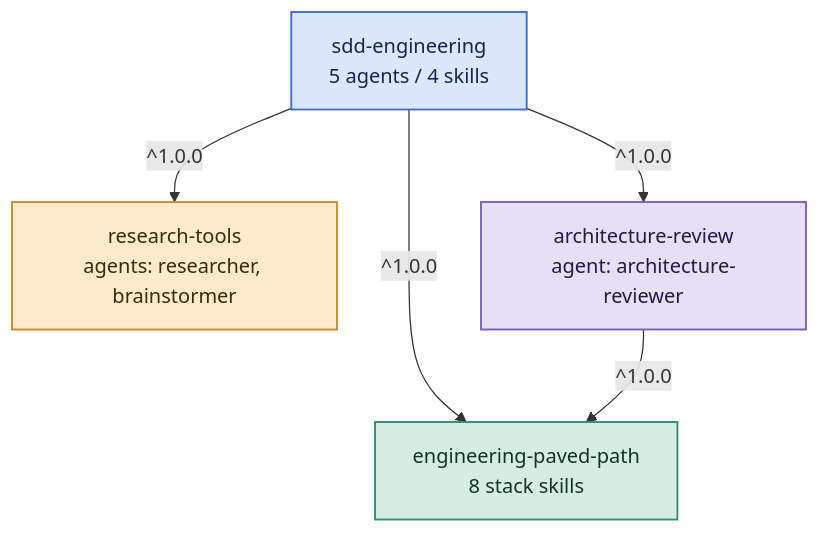
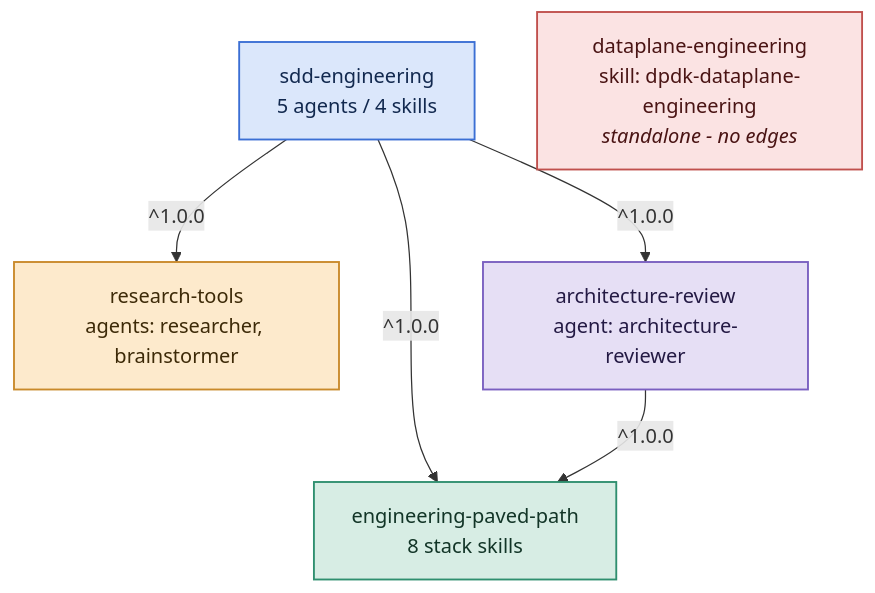
The first of 2 diagrams in docs/DEPENDENCIES.md (SyukPublic/ai-dev-toolkit), drawn with Mermaid before and after one commit. The commit also changed other lines of this file and 22 other files, not shown here.

````diff
--- a/docs/DEPENDENCIES.md
+++ b/docs/DEPENDENCIES.md
@@ -12,21 +12,24 @@
 ```mermaid
 flowchart TD
   SDD["sdd-engineering<br/>5 agents / 4 skills"]
   EPP["engineering-paved-path<br/>8 stack skills"]
   RT["research-tools<br/>agents: researcher, brainstormer"]
   AR["architecture-review<br/>agent: architecture-reviewer"]
+  DPE["dataplane-engineering<br/>skill: dpdk-dataplane-engineering<br/><i>standalone - no edges</i>"]
 
   SDD -->|"^1.0.0"| EPP
   SDD -->|"^1.0.0"| RT
   SDD -->|"^1.0.0"| AR
   AR  -->|"^1.0.0"| EPP
 
   classDef sdd fill:#dbe7fb,stroke:#3b6fd4,color:#12294f,stroke-width:1.5px;
   classDef epp fill:#d7ede4,stroke:#2f8f6f,color:#123527,stroke-width:1.5px;
   classDef rt  fill:#fdeacc,stroke:#c98a2b,color:#3d2a08,stroke-width:1.5px;
   classDef ar  fill:#e6dff5,stroke:#7a5fc0,color:#241a44,stroke-width:1.5px;
+  classDef dpe fill:#fbe3e3,stroke:#c0504d,color:#4a1414,stroke-width:1.5px;
   class SDD sdd
   class EPP epp
   class RT rt
   class AR ar
+  class DPE dpe
 ```
````
